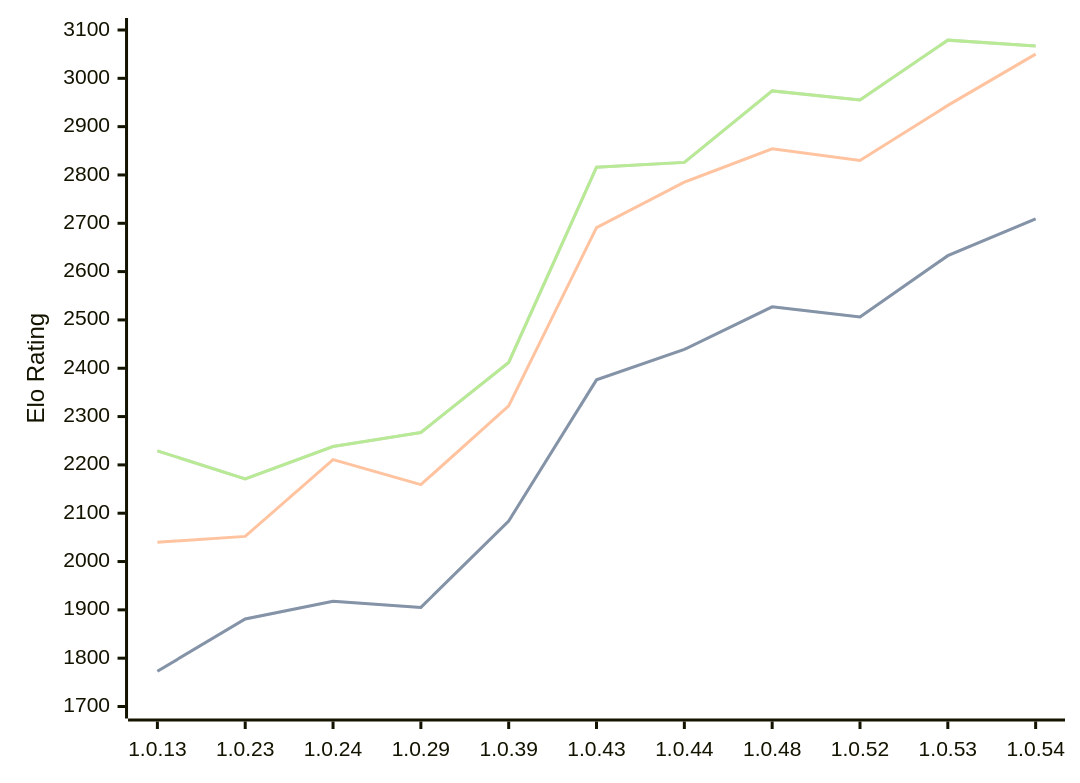
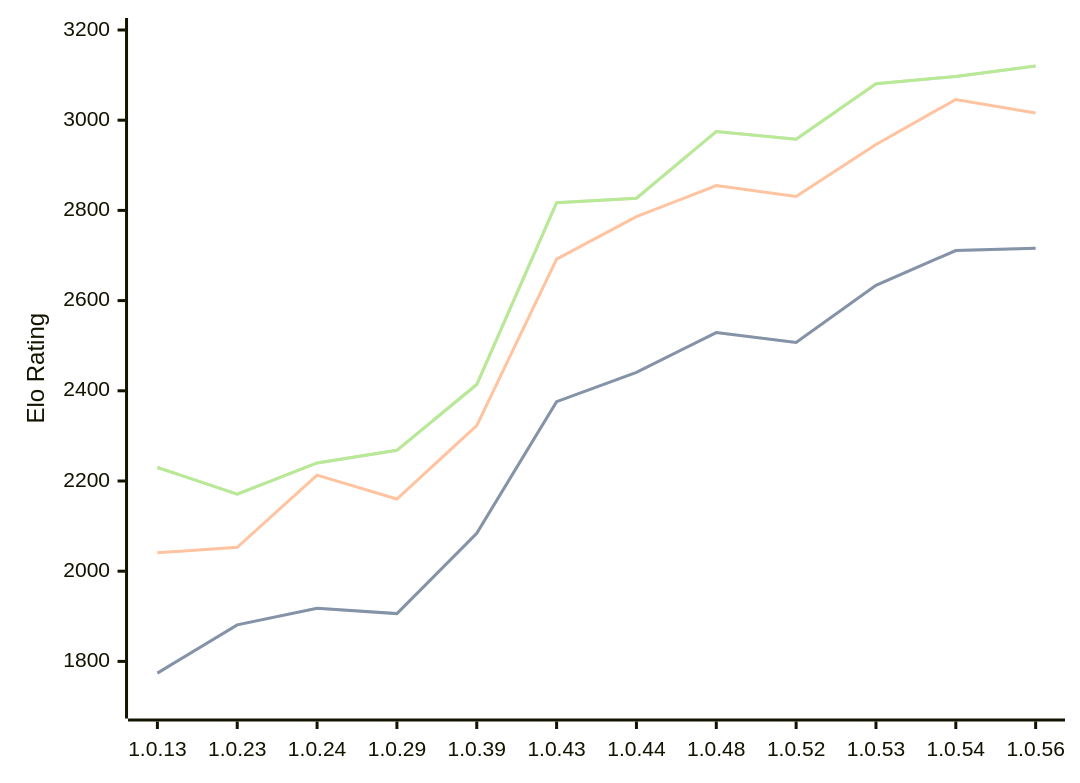
Before and after one commit to computer-chess-index/cci: the diagram in engines/RustyRival.md, drawn with Mermaid. The commit also changed other lines of this file, not shown here.

Commit message:
Update CCI Ratings (ELO VLTC) - 2026-09-01

````diff
--- a/engines/RustyRival.md
+++ b/engines/RustyRival.md
@@ -56,11 +56,11 @@
 ```mermaid
 %%{init: {"theme":"base","themeVariables":{"seriesColors:['#a3a3a3','#222221','#faa371']}}}%%
 xychart-beta
-  x-axis ["1.0.13", "1.0.23", "1.0.24", "1.0.29", "1.0.39", "1.0.43", "1.0.44", "1.0.48", "1.0.52", "1.0.53", "1.0.54"]
-  y-axis "Elo Rating" 1700 --> 3100
-  line "" [1773, 1881, 1918, 1905, 2084, 2376, 2439, 2527, 2506, 2633, 2709]
-  line "STC (8.0+0.08s)" [1773, 1881, 1918, 1905, 2084, 2376, 2439, 2527, 2506, 2633, 2709]
-  line "LTC (60.0+0.60s)" [2040, 2052, 2211, 2159, 2322, 2691, 2785, 2854, 2830, 2944, 3050]
-  line "" [2229, 2171, 2238, 2267, 2412, 2816, 2826, 2974, 2955, 3079, 3067]
-  line "VLTC (2m24s+1.12s)" [2229, 2171, 2238, 2267, 2412, 2816, 2826, 2974, 2955, 3079, 3067]
+  x-axis ["1.0.13", "1.0.23", "1.0.24", "1.0.29", "1.0.39", "1.0.43", "1.0.44", "1.0.48", "1.0.52", "1.0.53", "1.0.54", "1.0.56"]
+  y-axis "Elo Rating" 1700 --> 3200
+  line "" [1774, 1881, 1918, 1906, 2084, 2376, 2441, 2529, 2507, 2634, 2711, 2716]
+  line "STC (8.0+0.08s)" [1774, 1881, 1918, 1906, 2084, 2376, 2441, 2529, 2507, 2634, 2711, 2716]
+  line "LTC (60.0+0.60s)" [2041, 2053, 2213, 2160, 2323, 2692, 2786, 2855, 2831, 2946, 3046, 3016]
+  line "" [2230, 2171, 2240, 2268, 2414, 2817, 2827, 2975, 2958, 3081, 3097, 3120]
+  line "VLTC (2m24s+1.12s)" [2230, 2171, 2240, 2268, 2414, 2817, 2827, 2975, 2958, 3081, 3097, 3120]
 ```
````
